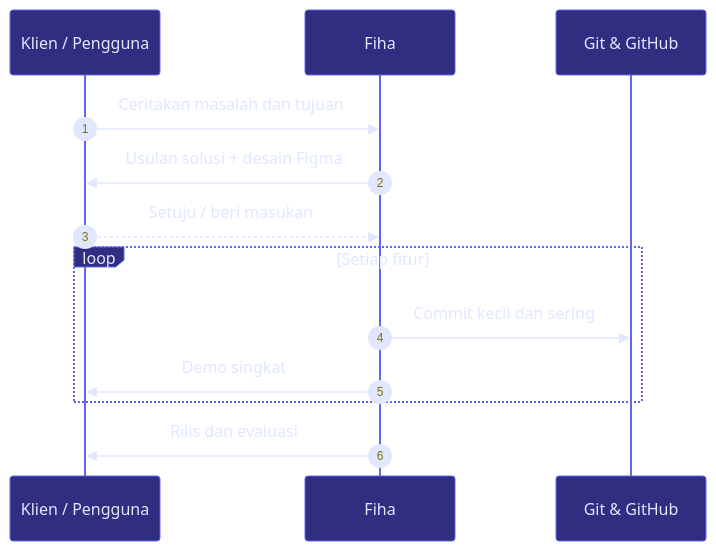
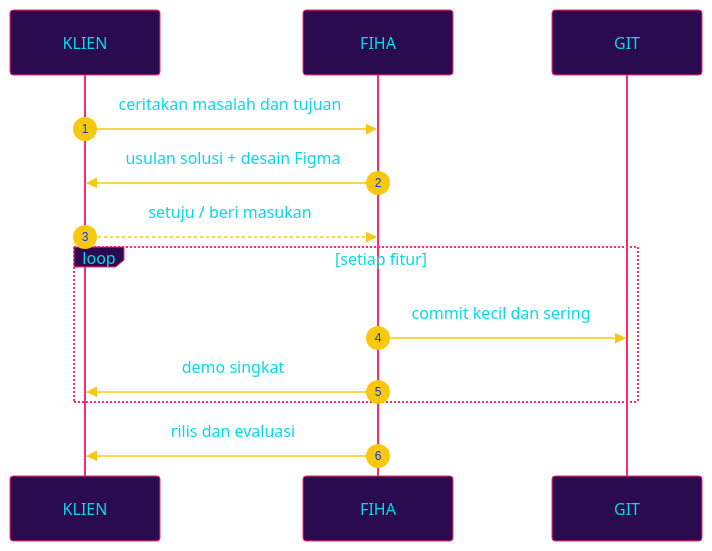
One commit to F1H444/F1H444 changed the third of 3 diagrams in README.md. Above: the diagram before and after it, drawn with Mermaid. The commit also changed other lines of this file, not shown here.

````diff
--- a/README.md
+++ b/README.md
@@ -599,16 +401,16 @@
 ```mermaid
-%%{init: {'theme':'base','themeVariables':{'primaryColor':'#312E81','primaryTextColor':'#E0E7FF','primaryBorderColor':'#6366F1','lineColor':'#818CF8','fontFamily':'monospace'}}}%%
+%%{init: {'theme':'base','themeVariables':{'primaryColor':'#2B0B4F','primaryTextColor':'#05D9E8','primaryBorderColor':'#FF2A6D','lineColor':'#F9C80E','actorBkg':'#2B0B4F','actorTextColor':'#05D9E8','actorBorder':'#FF2A6D','signalColor':'#F9C80E','signalTextColor':'#05D9E8','fontFamily':'monospace'}}}%%
 sequenceDiagram
     autonumber
-    participant K as Klien / Pengguna
-    participant F as Fiha
-    participant G as Git & GitHub
-    K->>F: Ceritakan masalah dan tujuan
-    F->>K: Usulan solusi + desain Figma
-    K-->>F: Setuju / beri masukan
-    loop Setiap fitur
-        F->>G: Commit kecil dan sering
-        F->>K: Demo singkat
+    participant K as KLIEN
+    participant F as FIHA
+    participant G as GIT
+    K->>F: ceritakan masalah dan tujuan
+    F->>K: usulan solusi + desain Figma
+    K-->>F: setuju / beri masukan
+    loop setiap fitur
+        F->>G: commit kecil dan sering
+        F->>K: demo singkat
     end
-    F->>K: Rilis dan evaluasi
+    F->>K: rilis dan evaluasi
 ```
````
